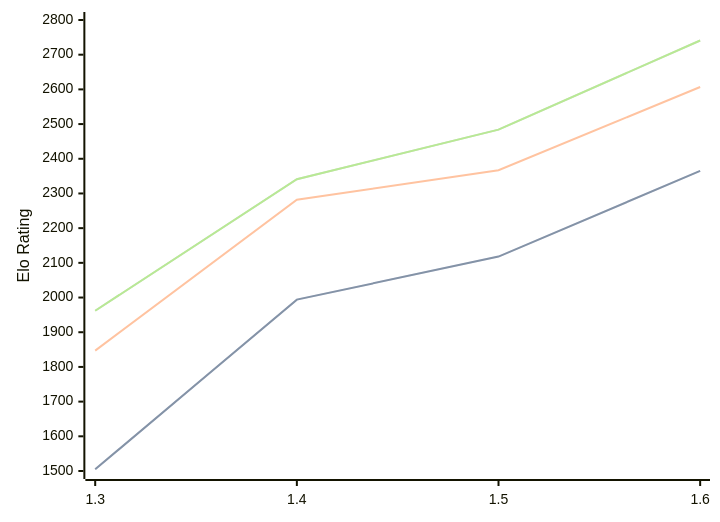
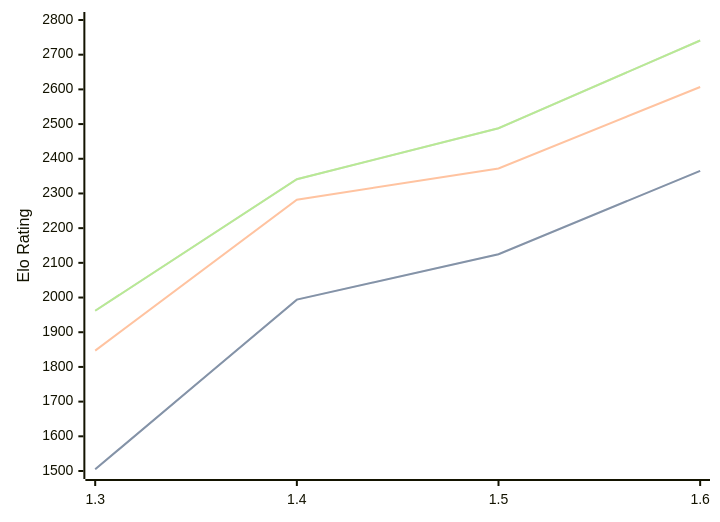
The diagram in engines/Facon.md (computer-chess-index/cci), drawn with Mermaid before and after one commit. The commit also changed other lines of this file, not shown here.

Commit message:
Update CCI Ratings (ELO VLTC) - 2026-08-02

````diff
--- a/engines/Facon.md
+++ b/engines/Facon.md
@@ -37,11 +37,11 @@
 ```mermaid
 %%{init: {"theme":"base","themeVariables":{"seriesColors:['#a3a3a3','#222221','#faa371']}}}%%
 xychart-beta
   x-axis ["1.3", "1.4", "1.5", "1.6"]
   y-axis "Elo Rating" 1500 --> 2800
-  line "STC (8.0+0.08s)" [1505, 1994, 2118, 2365]
-  line "STC (8.0+0.08s)" [1505, 1994, 2118, 2365]
-  line "LTC (60.0+0.60s)" [1847, 2282, 2367, 2607]
-  line "VLTC (2m24s+1.12s)" [1962, 2341, 2484, 2741]
-  line "VLTC (2m24s+1.12s)" [1962, 2341, 2484, 2741]
+  line "STC (8.0+0.08s)" [1505, 1994, 2125, 2365]
+  line "STC (8.0+0.08s)" [1505, 1994, 2125, 2365]
+  line "LTC (60.0+0.60s)" [1847, 2282, 2372, 2607]
+  line "VLTC (2m24s+1.12s)" [1962, 2341, 2488, 2741]
+  line "VLTC (2m24s+1.12s)" [1962, 2341, 2488, 2741]
 ```
````
